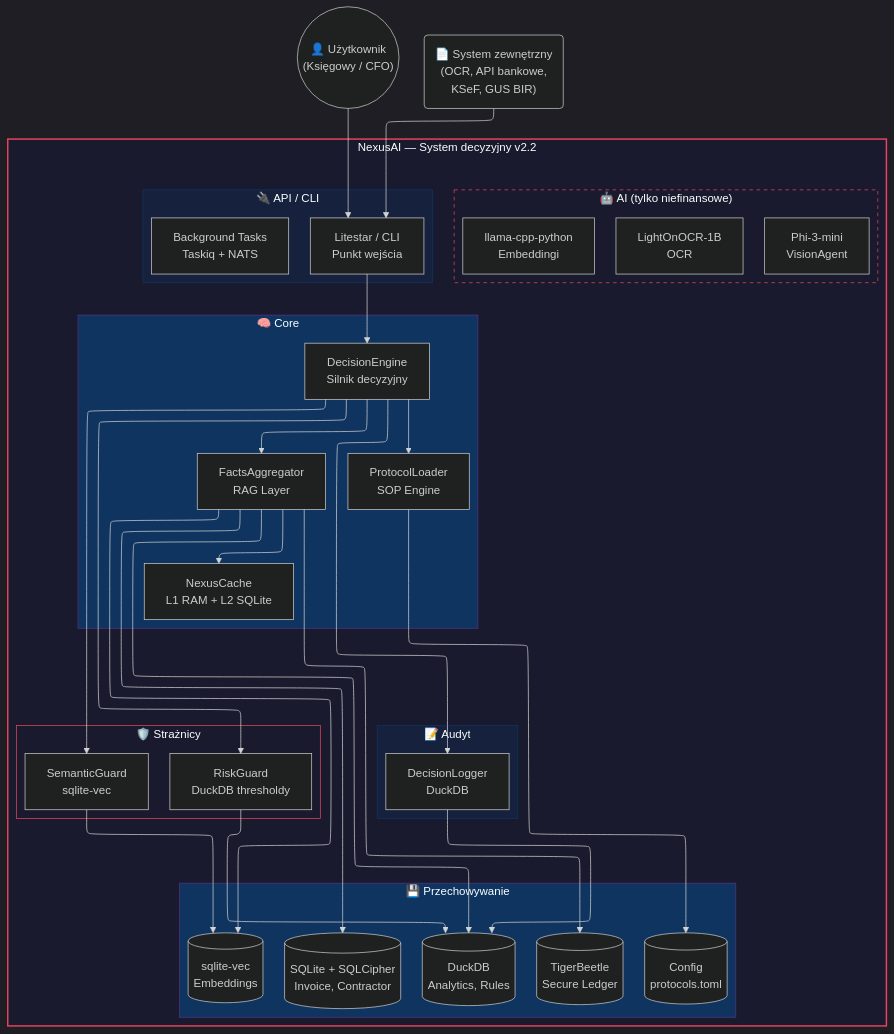
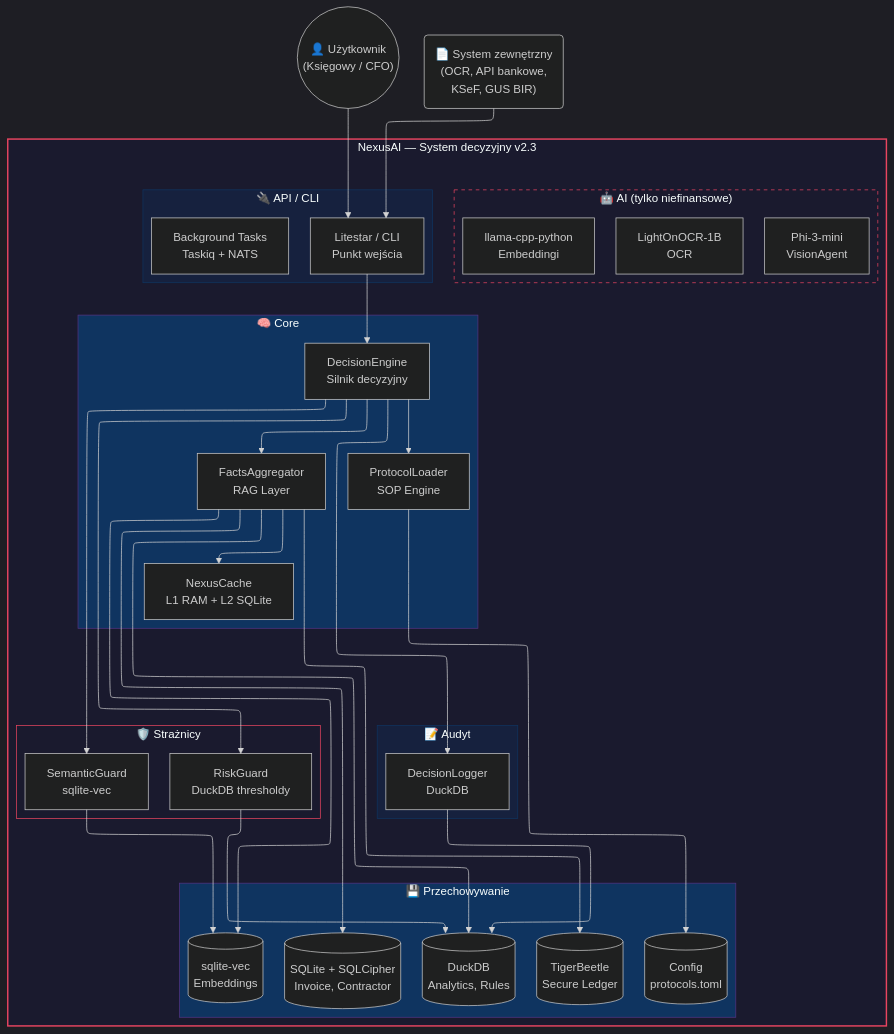
Before and after one commit to Gorski-Maciej/NexusAI: the eighth of 10 diagrams in docs/ARCHITECTURE_DIAGRAM.md, drawn with Mermaid. The commit also changed other lines of this file and 29 other files, not shown here.

````diff
--- a/docs/ARCHITECTURE_DIAGRAM.md
+++ b/docs/ARCHITECTURE_DIAGRAM.md
@@ -419,71 +418,71 @@
 ```mermaid
 %%{init: {"flowchart": {"defaultRenderer": "elk"}, "theme": "dark"}}%%
 flowchart TB
     User(("👤 Użytkownik\n(Księgowy / CFO)"))
     External("📄 System zewnętrzny\n(OCR, API bankowe,\nKSeF, GUS BIR)")
 
-    subgraph System["NexusAI — System decyzyjny v2.2"]
+    subgraph System["NexusAI — System decyzyjny v2.3"]
         direction TB
 
         subgraph API["🔌 API / CLI"]
             API1["Litestar / CLI\nPunkt wejścia"]
             API2["Background Tasks\nTaskiq + NATS"]
         end
 
         subgraph Core["🧠 Core"]
             C1["DecisionEngine\nSilnik decyzyjny"]
             C2["FactsAggregator\nRAG Layer"]
             C3["ProtocolLoader\nSOP Engine"]
             C4["NexusCache\nL1 RAM + L2 SQLite"]
         end
 
         subgraph Guards["🛡️ Strażnicy"]
             G1["RiskGuard\nDuckDB thresholdy"]
             G2["SemanticGuard\nsqlite-vec"]
         end
 
         subgraph Audit["📝 Audyt"]
             A1["DecisionLogger\nDuckDB"]
         end
 
         subgraph Storage["💾 Przechowywanie"]
             S1[("SQLite + SQLCipher\nInvoice, Contractor")]
             S2[("DuckDB\nAnalytics, Rules")]
             S3[("sqlite-vec\nEmbeddings")]
             S4[("TigerBeetle\nSecure Ledger")]
             S5[("Config\nprotocols.toml")]
         end
 
         subgraph AI["🤖 AI (tylko niefinansowe)"]
             AI1["LightOnOCR-1B\nOCR"]
             AI2["Phi-3-mini\nVisionAgent"]
             AI3["llama-cpp-python\nEmbeddingi"]
         end
     end
 
     User --> API1
     External --> API1
     API1 --> C1
     C1 --> C2
     C1 --> G1
     C1 --> G2
     C1 --> A1
     C1 --> C3
     C2 --> S1
     C2 --> S2
     C2 --> S3
     C2 --> S4
     C2 --> C4
     G1 --> S2
     G2 --> S3
     A1 --> S2
     C3 --> S5
 
     style System fill:#1a1a2e,stroke:#e94560,stroke-width:2px
     style API fill:#16213e,stroke:#0f3460
     style Core fill:#0f3460,stroke:#533483
     style Guards fill:#1a1a2e,stroke:#e94560
     style Audit fill:#16213e,stroke:#0f3460
     style Storage fill:#0f3460,stroke:#533483
     style AI fill:#1a1a2e,stroke:#e94560,stroke-dasharray:5,5
 ```
````
